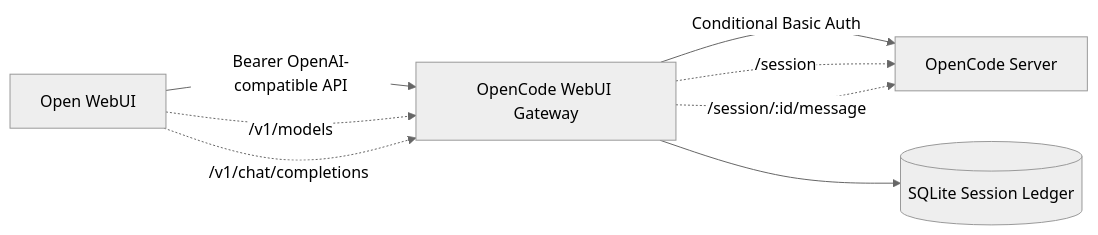
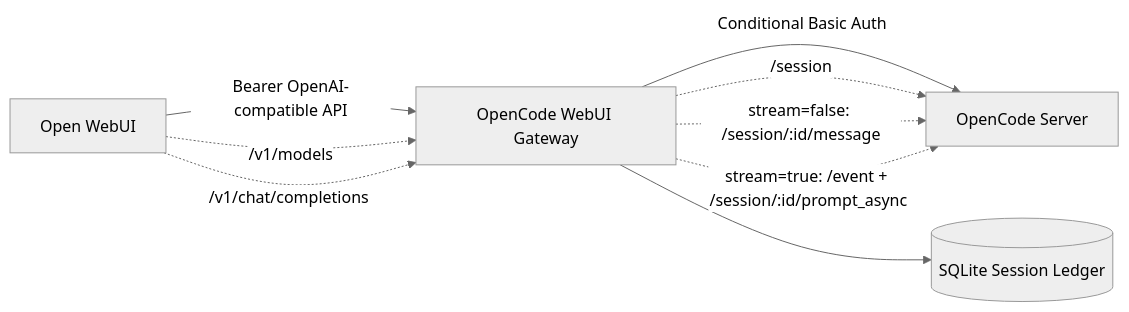
The diagram in README.md (Siryoos/opencode-webui-gateway), drawn with Mermaid (neutral theme) before and after one commit. The commit also changed other lines of this file and 4 other files, not shown here.

````diff
--- a/README.md
+++ b/README.md
@@ -21,11 +34,12 @@
 ```mermaid
 flowchart LR
     OW[Open WebUI] -->|Bearer OpenAI-compatible API| GW[OpenCode WebUI Gateway]
     GW -->|Conditional Basic Auth| OC[OpenCode Server]
     GW --> DB[(SQLite Session Ledger)]
 
     OW -. /v1/models .-> GW
     OW -. /v1/chat/completions .-> GW
     GW -. /session .-> OC
-    GW -. /session/:id/message .-> OC
+    GW -. stream=false: /session/:id/message .-> OC
+    GW -. stream=true: /event + /session/:id/prompt_async .-> OC
 ```
````
